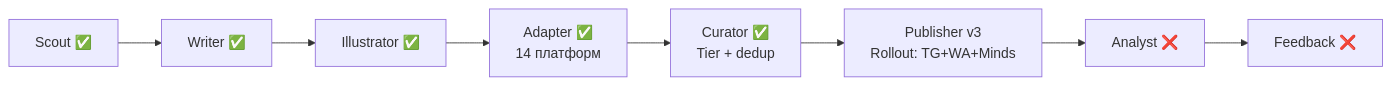
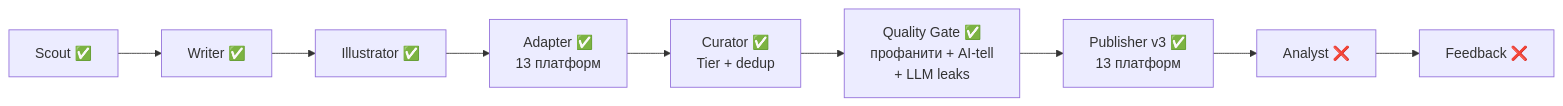
Before and after one commit to TimmyZinin/content-pipeline: the diagram in docs/Home.md, drawn with Mermaid. The commit also changed other lines of this file and 3 other files, not shown here.

````diff
--- a/docs/Home.md
+++ b/docs/Home.md
@@ -26,10 +26,11 @@
 ```mermaid
 flowchart LR
     S[Scout ✅] --> W[Writer ✅]
     W --> I[Illustrator ✅]
-    I --> A[Adapter ✅\n14 платформ]
+    I --> A[Adapter ✅\n13 платформ]
     A --> C[Curator ✅\nTier + dedup]
-    C --> P[Publisher v3\nRollout: TG+WA+Minds]
+    C --> QG[Quality Gate ✅\nпрофанити + AI-tell\n+ LLM leaks]
+    QG --> P[Publisher v3 ✅\n13 платформ]
     P --> AN[Analyst ❌]
     AN --> F[Feedback ❌]
 ```
````
